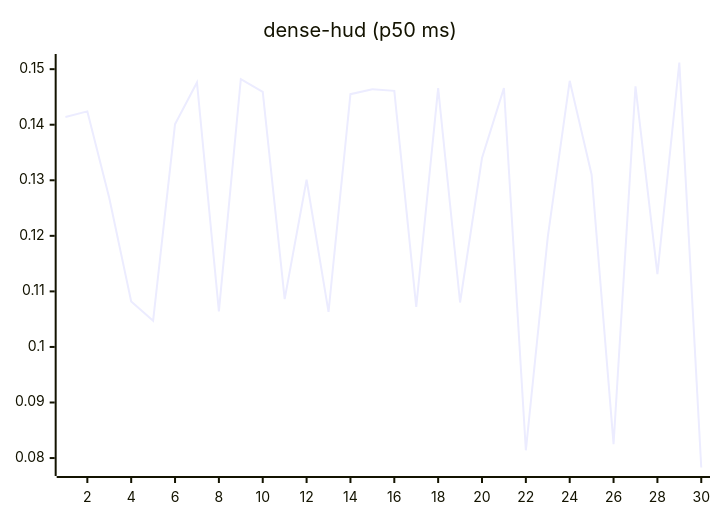
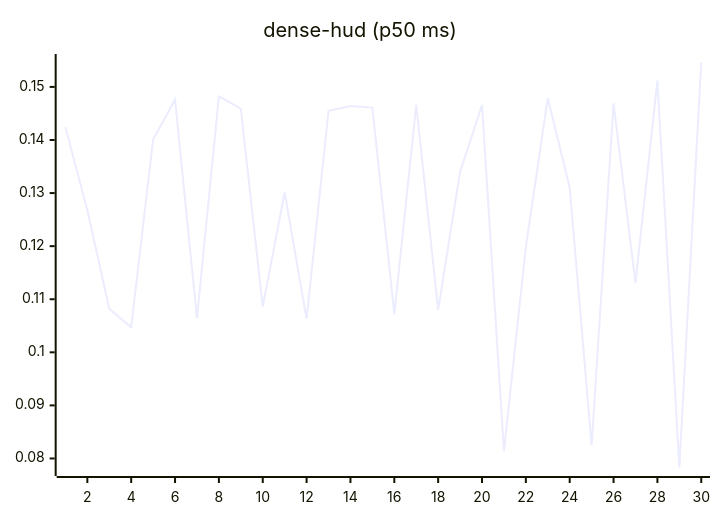
Before and after one commit to josha/Facet: the eighth of 27 diagrams in README.md, drawn with Mermaid. The commit also changed other lines of this file and 2 other files, not shown here.

````diff
--- a/README.md
+++ b/README.md
@@ -112,6 +112,6 @@
 ```mermaid
 xychart-beta
     title "dense-hud (p50 ms)"
     x-axis 1 --> 30
-    line [0.1414, 0.1424, 0.1268, 0.1082, 0.1047, 0.1401, 0.1476, 0.1064, 0.1482, 0.1459, 0.1086, 0.1301, 0.1063, 0.1455, 0.1464, 0.1461, 0.1072, 0.1466, 0.1080, 0.1340, 0.1466, 0.0814, 0.1198, 0.1479, 0.1310, 0.0825, 0.1469, 0.1131, 0.1512, 0.0783]
+    line [0.1424, 0.1268, 0.1082, 0.1047, 0.1401, 0.1476, 0.1064, 0.1482, 0.1459, 0.1086, 0.1301, 0.1063, 0.1455, 0.1464, 0.1461, 0.1072, 0.1466, 0.1080, 0.1340, 0.1466, 0.0814, 0.1198, 0.1479, 0.1310, 0.0825, 0.1469, 0.1131, 0.1512, 0.0783, 0.1546]
 ```
````
